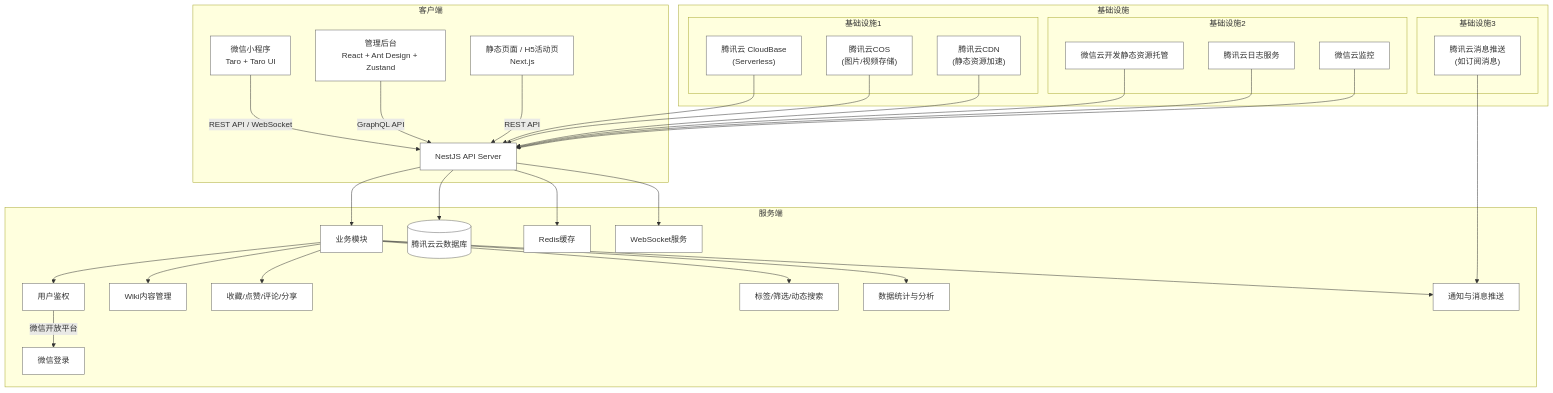
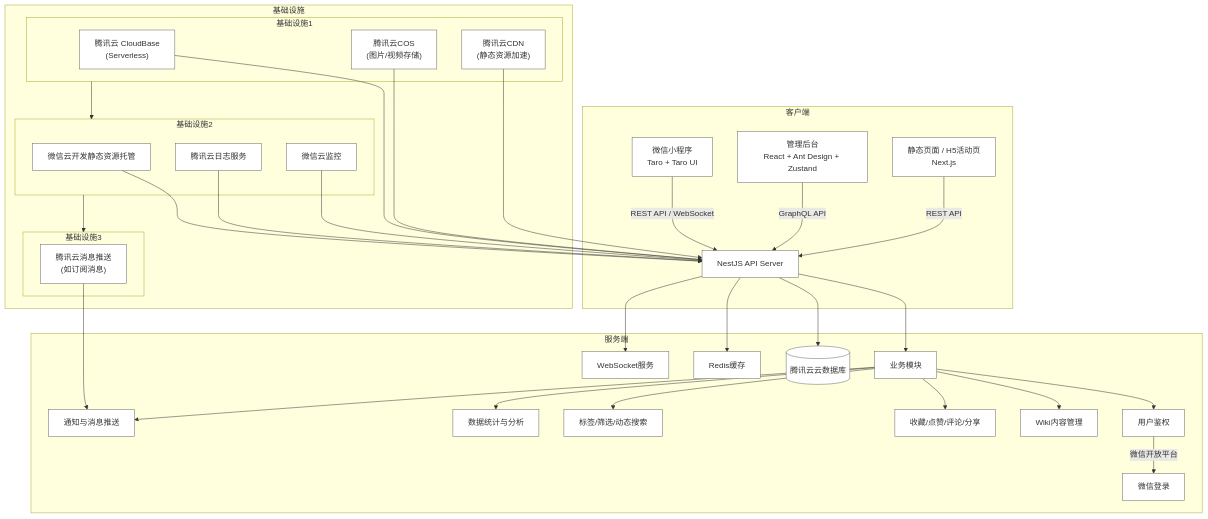
The first of 5 diagrams in architecture/README.md (HachimiCCB/docs), drawn with Mermaid before and after one commit.

Commit message:
new file

````diff
--- a/architecture/README.md
+++ b/architecture/README.md
@@ -4,50 +4,53 @@
 ```mermaid
 flowchart TB
     subgraph 客户端
         A["微信小程序<br>Taro + Taro UI"] -->|REST API / WebSocket| D
         B["管理后台<br>React + Ant Design + Zustand"] -->|GraphQL API| D
         C["静态页面 / H5活动页<br>Next.js"] -->|REST API| D
     end
 
     subgraph 服务端
         D["NestJS API Server"] --> E["业务模块"]
         E --> F["用户鉴权"]
         E --> G["Wiki内容管理"]
         E --> H["收藏/点赞/评论/分享"]
         E --> I["标签/筛选/动态搜索"]
         E --> J["数据统计与分析"]
         E --> K["通知与消息推送"]
         D --> L[("腾讯云云数据库")]
         D --> M["Redis缓存"]
         D --> N["WebSocket服务"]
         F -->|微信开放平台| O["微信登录"]
     end
 
     subgraph 基础设施
         subgraph 基础设施1
             P["腾讯云 CloudBase<br>(Serverless)"]
             Q["腾讯云COS<br>(图片/视频存储)"]
             R["腾讯云CDN<br>(静态资源加速)"]
         end
+        基础设施1 --> 基础设施2
         subgraph 基础设施2
             S["微信云开发静态资源托管"]
             T["腾讯云日志服务"]
             U["微信云监控"]
         end
+        基础设施2 --> 基础设施3
         subgraph 基础设施3
             W["腾讯云消息推送<br>(如订阅消息)"]
         end
     end
 
     P --> D
     Q --> D
     R --> D
     S --> D
     T --> D
     U --> D
     W --> K
 
     classDef tech fill:#fff,stroke:#666;
     class A,B,C,D,E,F,G,H,I,J,K,L,M,N,O,P,Q,R,S,T,U,W tech
 
+
 ```
````
